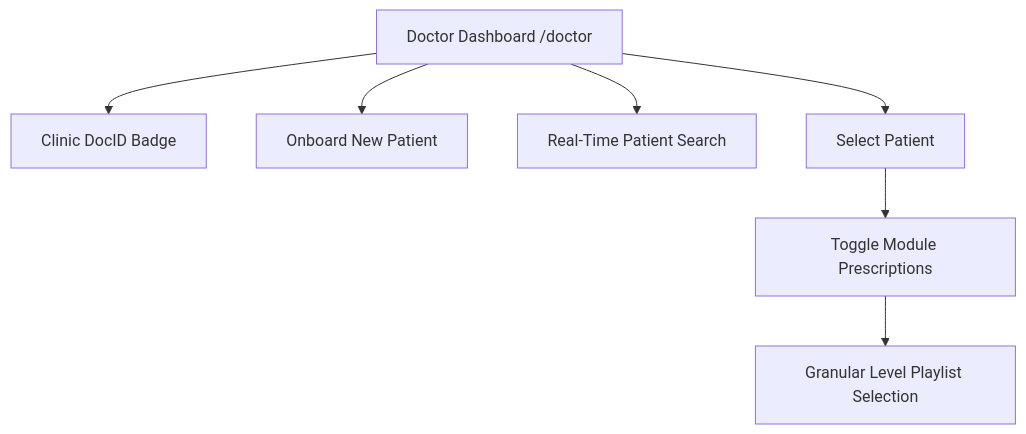
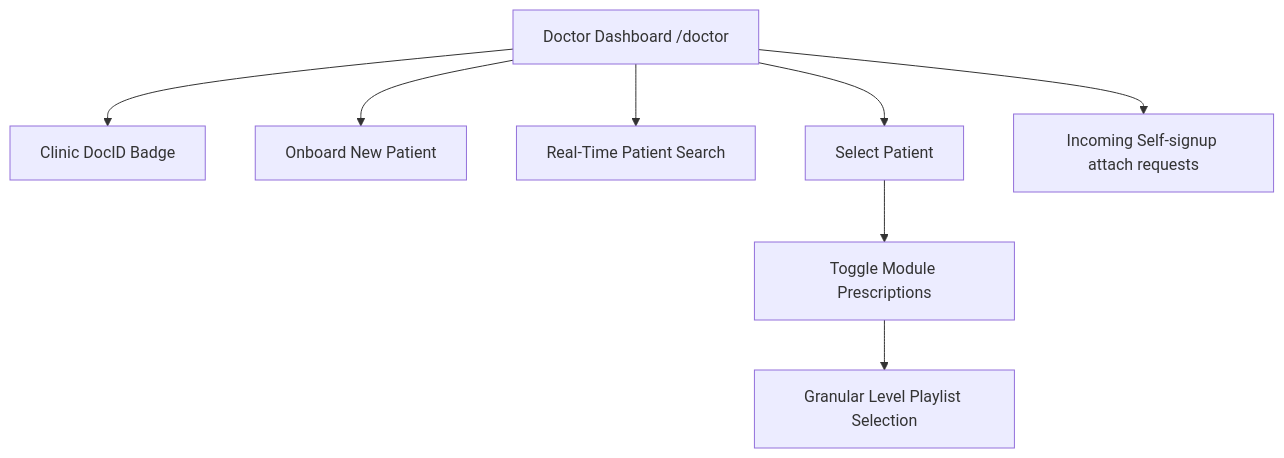
The diagram in docs/DOCTOR_GUIDE.md (candela-app/Candela), drawn with Mermaid before and after one commit. The commit also changed other lines of this file and 38 other files, not shown here.

````diff
--- a/docs/DOCTOR_GUIDE.md
+++ b/docs/DOCTOR_GUIDE.md
@@ -11,11 +11,12 @@
 ```mermaid
 graph TD
     Doctor[Doctor Dashboard /doctor]
     Doctor --> HeaderBadge["Clinic DocID Badge"]
     Doctor --> CreatePatient["Onboard New Patient"]
     Doctor --> SearchPatients["Real-Time Patient Search"]
     Doctor --> SelectPatient["Select Patient"]
 
     SelectPatient --> PrescribeModules["Toggle Module Prescriptions"]
     PrescribeModules --> ConfigLevels["Granular Level Playlist Selection"]
+    Doctor --> Incoming["Incoming Self-signup attach requests"]
 ```
````
